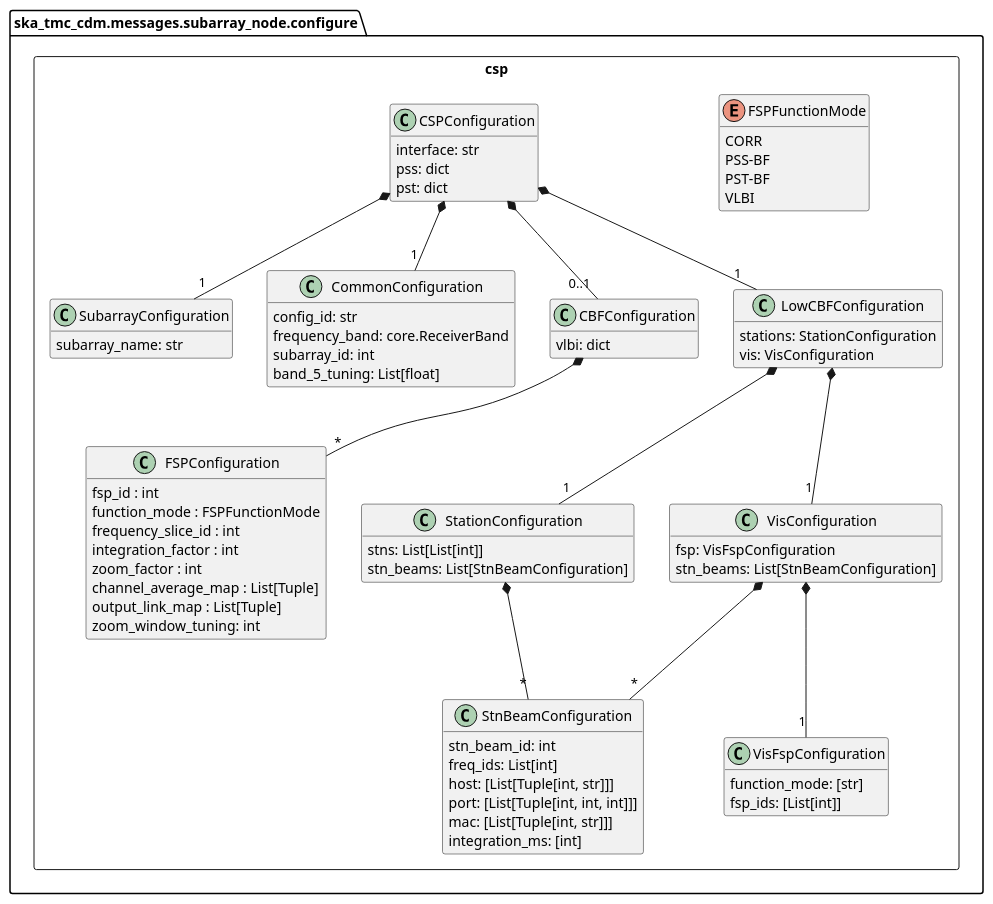
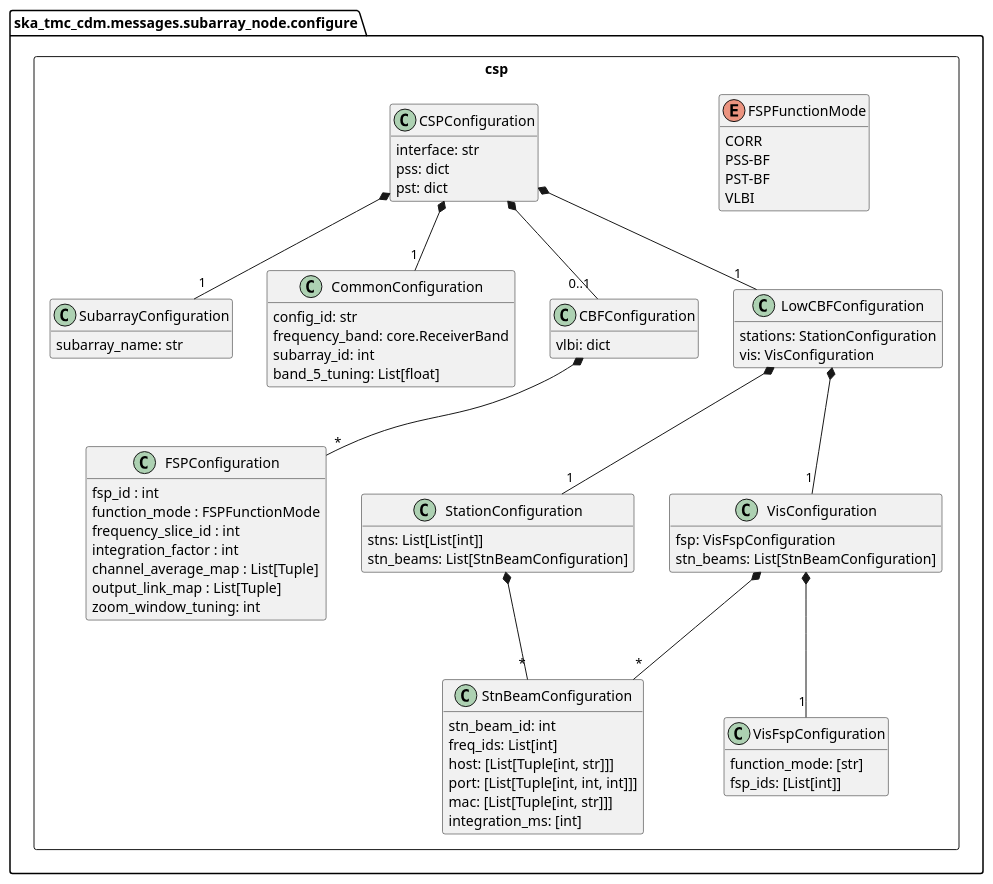
The diagram in docs/src/developer/subarraynode/csp.puml (ska-telescope/cdm-shared-library), drawn with PlantUML before and after one commit. The commit also changed 9 other files, not shown here.

Commit message:
STAR-558: Removing use of zoom_factor, tests are unresolved

```diff
--- a/docs/src/developer/subarraynode/csp.puml
+++ b/docs/src/developer/subarraynode/csp.puml
@@ -1,94 +1,93 @@
 @startuml
 hide empty members
 
 ' Remove the following lines when VLBI, PSS and PST
 ' are added to CDM
 remove VLBIConfiguration
 remove PSTConfiguration
 remove PSSConfiguration
 
 set separator none 
 package ska_tmc_cdm.messages.subarray_node.configure {
 	package csp <<Rectangle>> {
 	    class SubarrayConfiguration {
 	        subarray_name: str
 	    }
 
 	    class CommonConfiguration {
 	        config_id: str
             frequency_band: core.ReceiverBand
             subarray_id: int
             band_5_tuning: List[float]
 	    }
 
 	    class CBFConfiguration {
             vlbi: dict
 	    }
 
 		enum FSPFunctionMode {
 			CORR
 			PSS-BF
 			PST-BF
 			VLBI
 		}
 
 		class FSPConfiguration {
 			fsp_id : int
 			function_mode : FSPFunctionMode
 			frequency_slice_id : int
 			integration_factor : int
-			zoom_factor : int
 			channel_average_map : List[Tuple]
 			output_link_map : List[Tuple]
 			zoom_window_tuning: int
 		}
 
 		class CSPConfiguration {
 	        interface: str
 	        pss: dict
 	        pst: dict
 
 		}
 
 		class LowCBFConfiguration {
 			stations: StationConfiguration 
 			vis: VisConfiguration
 		}
 
 		class StationConfiguration {
 			stns: List[List[int]]
         	stn_beams: List[StnBeamConfiguration]
 		}
 		
 		class StnBeamConfiguration {
 			stn_beam_id: int
 			freq_ids: List[int]
 			host: [List[Tuple[int, str]]]
 			port: [List[Tuple[int, int, int]]]
 			mac: [List[Tuple[int, str]]]
 			integration_ms: [int]
 		}
 
 		class VisConfiguration {
 			fsp: VisFspConfiguration
 			stn_beams: List[StnBeamConfiguration]
 		}
 
 		class VisFspConfiguration {
 			function_mode: [str]
 			fsp_ids: [List[int]]
 		}
 
 		CBFConfiguration *-- "*" FSPConfiguration
 		CSPConfiguration *-- "1" CommonConfiguration
 		CSPConfiguration *-- "1" SubarrayConfiguration
 		CSPConfiguration *-- "0..1" CBFConfiguration
 		CSPConfiguration *-- "1" LowCBFConfiguration
 		LowCBFConfiguration *-- "1" StationConfiguration
 		LowCBFConfiguration *-- "1" VisConfiguration
 		VisConfiguration *-- "1" VisFspConfiguration
 		VisConfiguration *-- "*" StnBeamConfiguration
 		StationConfiguration *-- "*" StnBeamConfiguration
 	}	
 }
 @enduml
```
